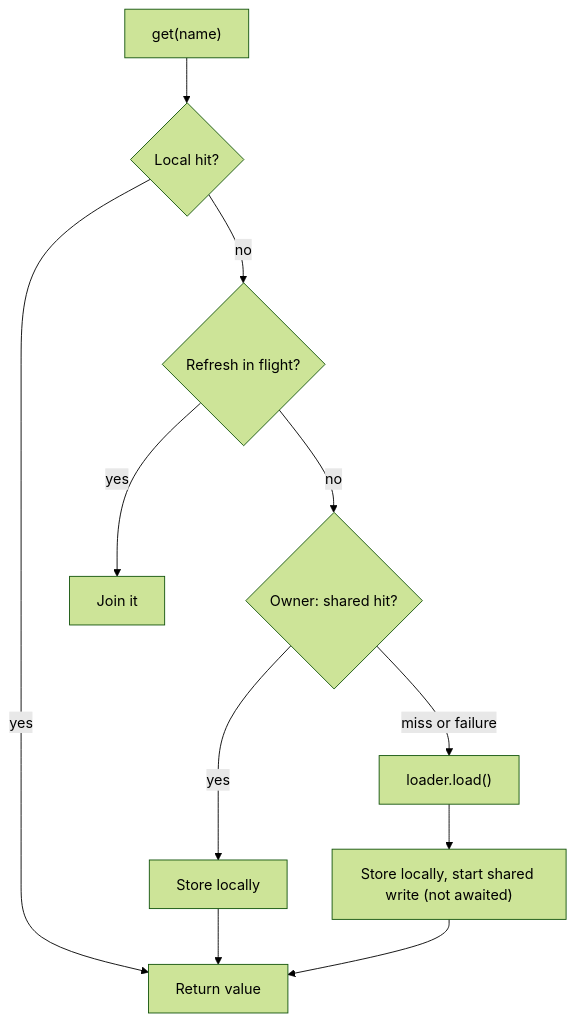
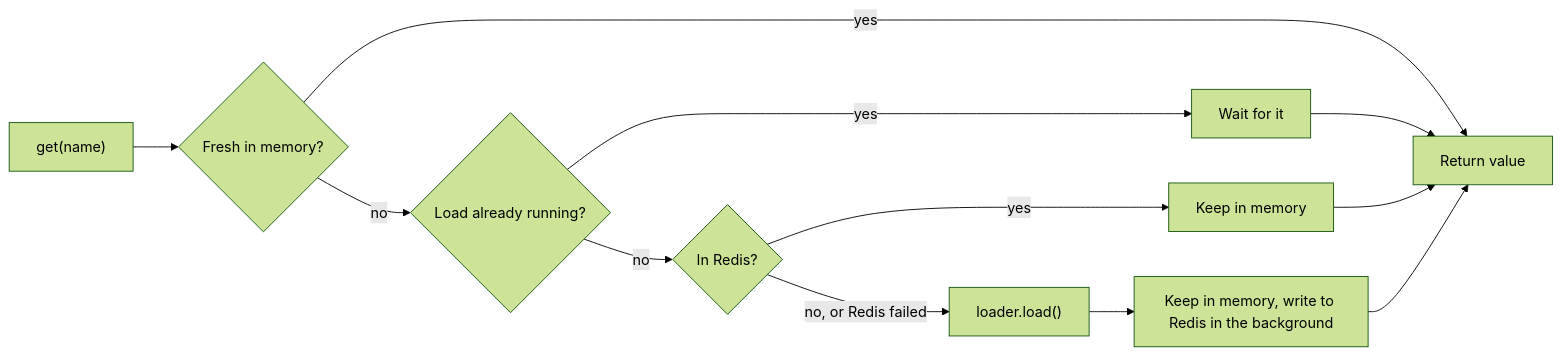
The second of 2 diagrams in README.md (jtkunley/reference-data-cache), drawn with Mermaid (forest theme) before and after one commit. The commit also changed other lines of this file, not shown here.

First line of the commit message:
docs: present reader and owner as separate use cases and fix badges

````diff
--- a/README.md
+++ b/README.md
@@ -100,11 +116,11 @@
 ```mermaid
-flowchart TD
-  get["get(name)"] --> local{"Local hit?"}
+flowchart LR
+  get["get(name)"] --> local{"Fresh in memory?"}
   local -- yes --> done["Return value"]
-  local -- no --> flight{"Refresh in flight?"}
-  flight -- yes --> join["Join it"]
-  flight -- no --> shared{"Owner: shared hit?"}
-  shared -- yes --> promote["Store locally"] --> done
-  shared -- "miss or failure" --> load["loader.load()"]
-  load --> store["Store locally, start shared write (not awaited)"] --> done
+  local -- no --> flight{"Load already running?"}
+  flight -- yes --> join["Wait for it"] --> done
+  flight -- no --> shared{"In Redis?"}
+  shared -- yes --> promote["Keep in memory"] --> done
+  shared -- "no, or Redis failed" --> load["loader.load()"]
+  load --> store["Keep in memory, write to Redis in the background"] --> done
 ```
````
